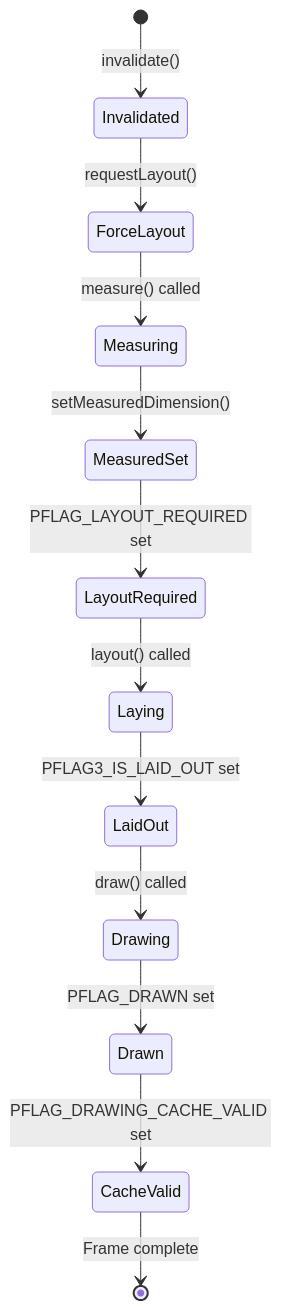
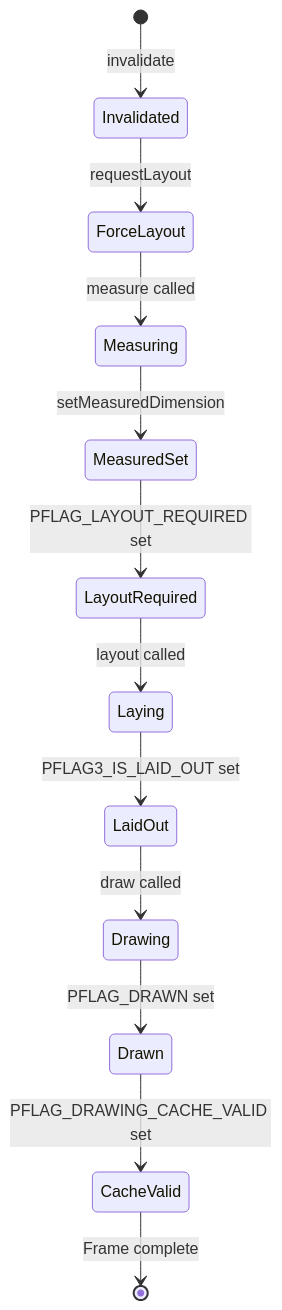
The fourth of 38 diagrams in 25-view-system.md (fwrite0920/aosp-internal-book), drawn with Mermaid before and after one commit. The commit also changed other lines of this file and 6 other files, not shown here.

First line of the commit message:
Fix Mermaid diagrams and formatting in Parts V-VI (chapters 18-25)

````diff
--- a/25-view-system.md
+++ b/25-view-system.md
@@ -271,14 +271,14 @@
 ```mermaid
 stateDiagram-v2
-    [*] --> Invalidated: invalidate()
-    Invalidated --> ForceLayout: requestLayout()
-    ForceLayout --> Measuring: measure() called
-    Measuring --> MeasuredSet: setMeasuredDimension()
+    [*] --> Invalidated: invalidate
+    Invalidated --> ForceLayout: requestLayout
+    ForceLayout --> Measuring: measure called
+    Measuring --> MeasuredSet: setMeasuredDimension
     MeasuredSet --> LayoutRequired: PFLAG_LAYOUT_REQUIRED set
-    LayoutRequired --> Laying: layout() called
+    LayoutRequired --> Laying: layout called
     Laying --> LaidOut: PFLAG3_IS_LAID_OUT set
-    LaidOut --> Drawing: draw() called
+    LaidOut --> Drawing: draw called
     Drawing --> Drawn: PFLAG_DRAWN set
     Drawn --> CacheValid: PFLAG_DRAWING_CACHE_VALID set
     CacheValid --> [*]: Frame complete
 ```
````
